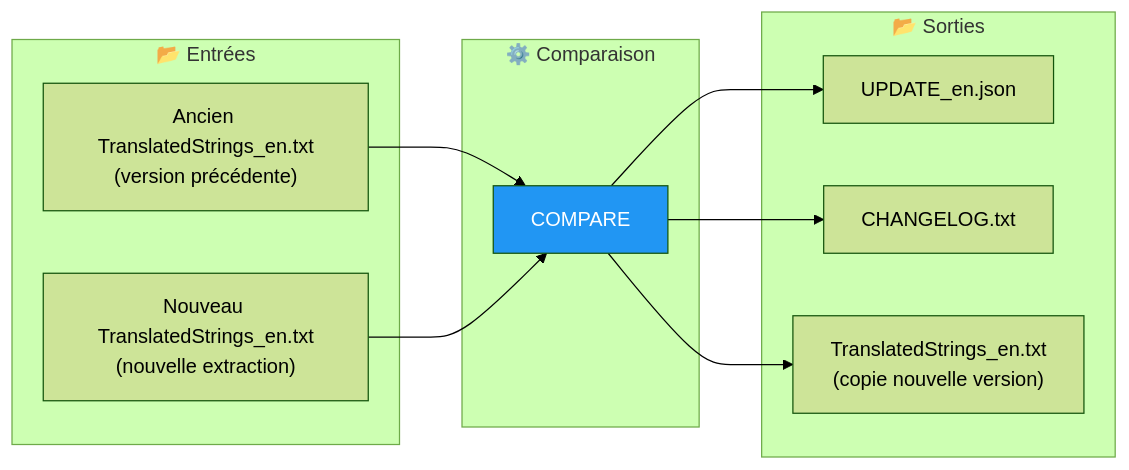
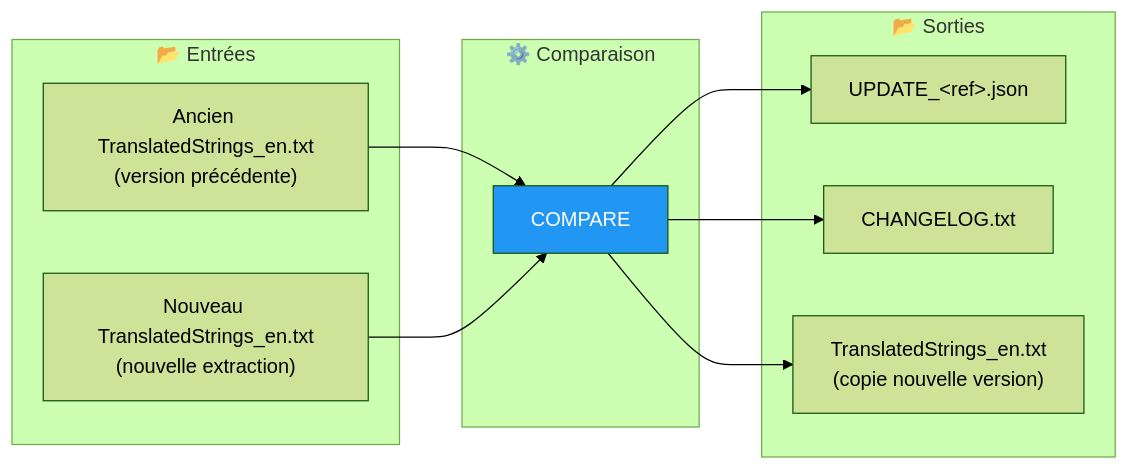
Before and after one commit to Gotcha26/Adobe_Lightroom_Translation_Plugins_Kit: the first of 2 diagrams in tools/translator/__doc__/fr/commandes/COMPARE.md, drawn with Mermaid (forest theme). The commit also changed other lines of this file and 28 other files, not shown here.

````diff
--- a/tools/translator/__doc__/fr/commandes/COMPARE.md
+++ b/tools/translator/__doc__/fr/commandes/COMPARE.md
@@ -17,23 +17,23 @@
 ```mermaid
 flowchart LR
     subgraph Input["📂 Entrées"]
         I1["Ancien TranslatedStrings_en.txt<br/>(version précédente)"]
         I2["Nouveau TranslatedStrings_en.txt<br/>(nouvelle extraction)"]
     end
 
     subgraph Process["⚙️ Comparaison"]
         P["COMPARE"]
     end
 
     subgraph Output["📂 Sorties"]
-        O1["UPDATE_en.json"]
+        O1["UPDATE_&lt;ref&gt;.json"]
         O2["CHANGELOG.txt"]
         O3["TranslatedStrings_en.txt<br/>(copie nouvelle version)"]
     end
 
     I1 --> P
     I2 --> P
     P --> O1 & O2 & O3
 
     style P fill:#2196F3,color:#fff
 ```
````
